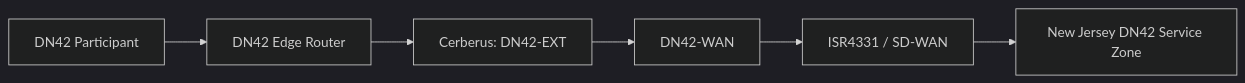
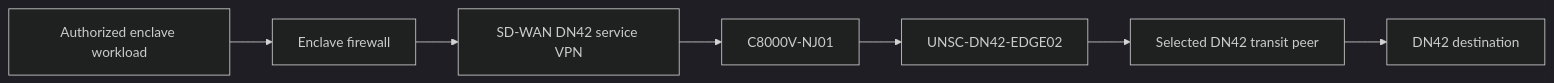
Before and after one commit to ksmoove21/unsc-dn42: the second of 2 diagrams in docs/data-flows.md, drawn with Mermaid (dark theme). The commit also changed other lines of this file, not shown here.

Commit message:
docs: update DN42 transport data flows

````diff
--- a/docs/data-flows.md
+++ b/docs/data-flows.md
@@ -37,8 +39,9 @@
 ```mermaid
 flowchart LR
-  P["DN42 Participant"] --> E["DN42 Edge Router"]
-  E --> C["Cerberus: DN42-EXT"]
-  C --> W["DN42-WAN"]
-  W --> I["ISR4331 / SD-WAN"]
-  I --> J["New Jersey DN42 Service Zone"]
+  W["Authorized enclave workload"] --> F["Enclave firewall"]
+  F --> S["SD-WAN DN42 service VPN"]
+  S --> N["C8000V-NJ01"]
+  N --> E["UNSC-DN42-EDGE02"]
+  E --> T["Selected DN42 transit peer"]
+  T --> D["DN42 destination"]
 ```
````
